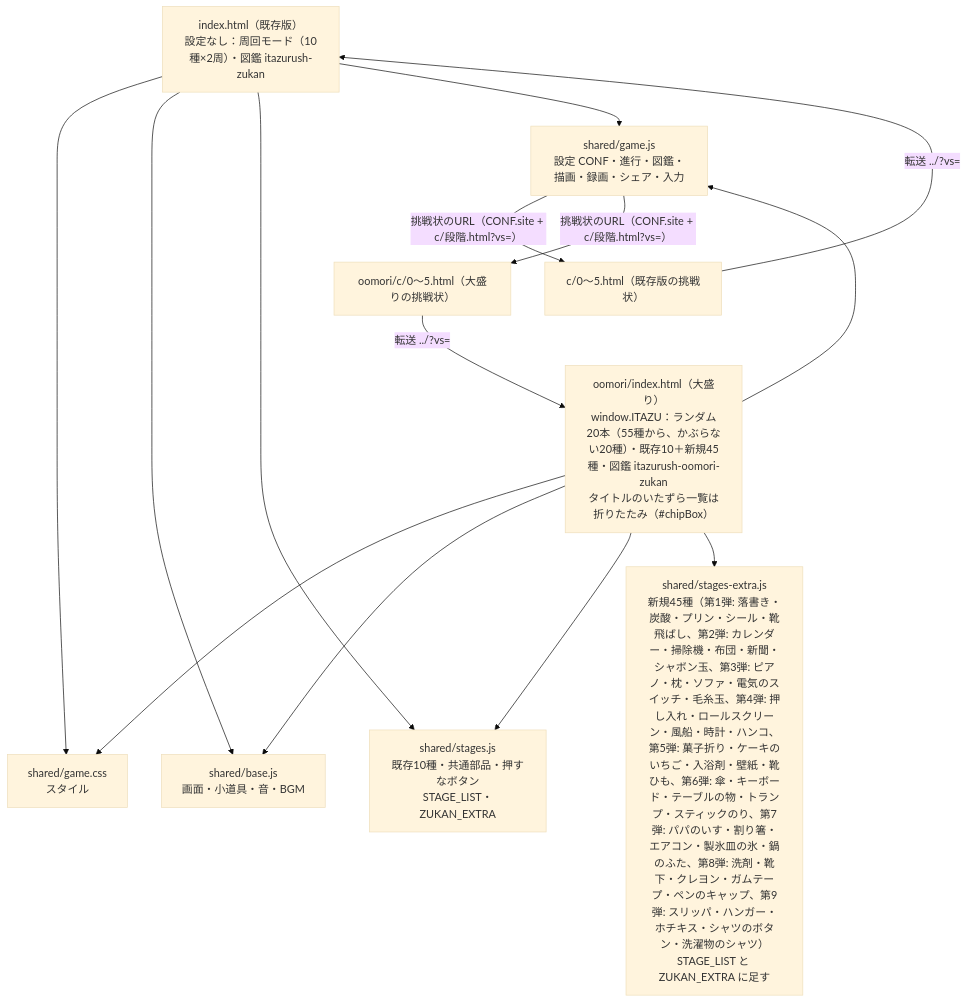
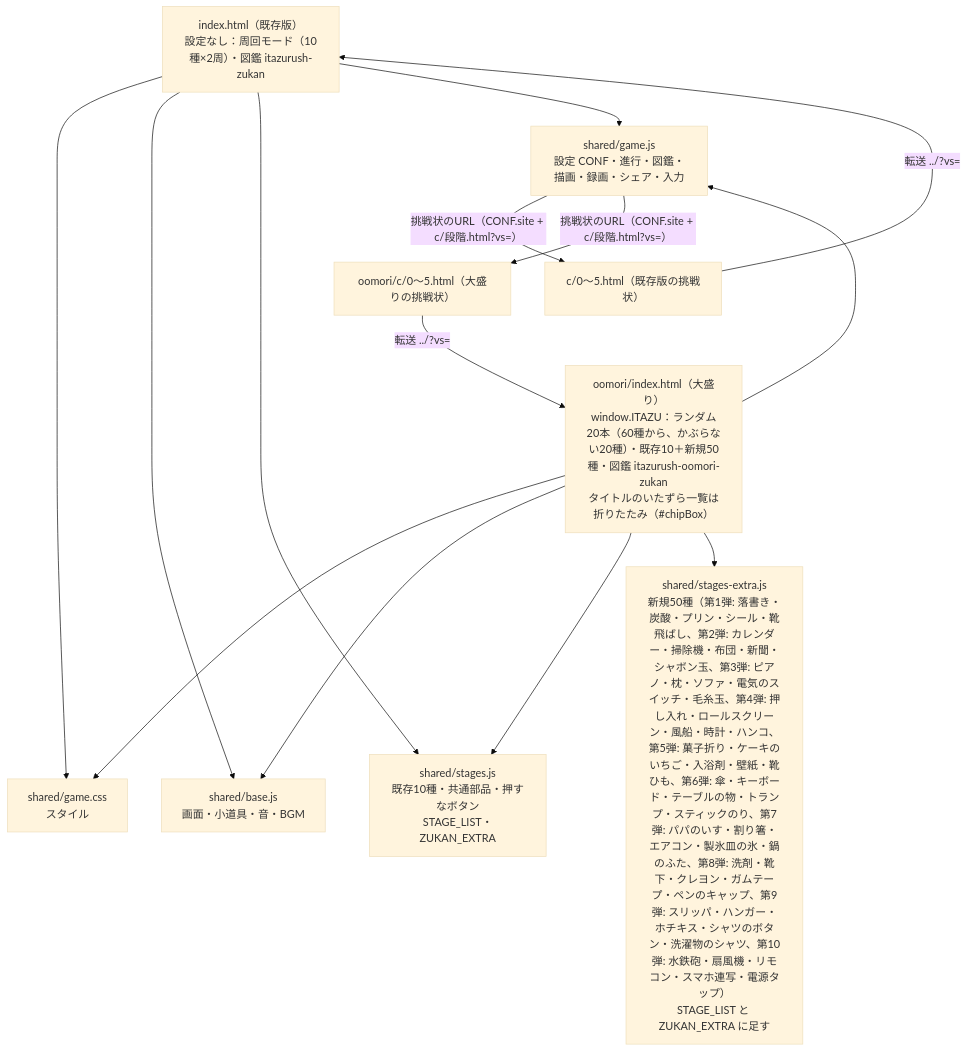
Before and after one commit to sakuichi/itazu-rush: the first of 2 diagrams in docs/architecture.md, drawn with Mermaid (base theme). The commit also changed 10 other files, not shown here.

Commit message:
大盛り！第10弾：水鉄砲・扇風機・リモコン・スマホ連写・電源タップを追加（全60種）

````diff
--- a/docs/architecture.md
+++ b/docs/architecture.md
@@ -10,17 +10,17 @@
 ```mermaid
 flowchart TD
   P1["index.html（既存版）<br>設定なし：周回モード（10種×2周）・図鑑 itazurush-zukan"]
-  P2["oomori/index.html（大盛り）<br>window.ITAZU：ランダム20本（55種から、かぶらない20種）・既存10＋新規45種・図鑑 itazurush-oomori-zukan<br>タイトルのいたずら一覧は折りたたみ（#chipBox）"]
+  P2["oomori/index.html（大盛り）<br>window.ITAZU：ランダム20本（60種から、かぶらない20種）・既存10＋新規50種・図鑑 itazurush-oomori-zukan<br>タイトルのいたずら一覧は折りたたみ（#chipBox）"]
   CSS["shared/game.css<br>スタイル"]
   BASE["shared/base.js<br>画面・小道具・音・BGM"]
   ST["shared/stages.js<br>既存10種・共通部品・押すなボタン<br>STAGE_LIST・ZUKAN_EXTRA"]
-  EX["shared/stages-extra.js<br>新規45種（第1弾: 落書き・炭酸・プリン・シール・靴飛ばし、第2弾: カレンダー・掃除機・布団・新聞・シャボン玉、第3弾: ピアノ・枕・ソファ・電気のスイッチ・毛糸玉、第4弾: 押し入れ・ロールスクリーン・風船・時計・ハンコ、第5弾: 菓子折り・ケーキのいちご・入浴剤・壁紙・靴ひも、第6弾: 傘・キーボード・テーブルの物・トランプ・スティックのり、第7弾: パパのいす・割り箸・エアコン・製氷皿の氷・鍋のふた、第8弾: 洗剤・靴下・クレヨン・ガムテープ・ペンのキャップ、第9弾: スリッパ・ハンガー・ホチキス・シャツのボタン・洗濯物のシャツ）<br>STAGE_LIST と ZUKAN_EXTRA に足す"]
+  EX["shared/stages-extra.js<br>新規50種（第1弾: 落書き・炭酸・プリン・シール・靴飛ばし、第2弾: カレンダー・掃除機・布団・新聞・シャボン玉、第3弾: ピアノ・枕・ソファ・電気のスイッチ・毛糸玉、第4弾: 押し入れ・ロールスクリーン・風船・時計・ハンコ、第5弾: 菓子折り・ケーキのいちご・入浴剤・壁紙・靴ひも、第6弾: 傘・キーボード・テーブルの物・トランプ・スティックのり、第7弾: パパのいす・割り箸・エアコン・製氷皿の氷・鍋のふた、第8弾: 洗剤・靴下・クレヨン・ガムテープ・ペンのキャップ、第9弾: スリッパ・ハンガー・ホチキス・シャツのボタン・洗濯物のシャツ、第10弾: 水鉄砲・扇風機・リモコン・スマホ連写・電源タップ）<br>STAGE_LIST と ZUKAN_EXTRA に足す"]
   GAME["shared/game.js<br>設定 CONF・進行・図鑑・描画・録画・シェア・入力"]
   CH1["c/0〜5.html（既存版の挑戦状）"]
   CH2["oomori/c/0〜5.html（大盛りの挑戦状）"]
   P1 --> CSS & BASE & ST & GAME
   P2 --> CSS & BASE & ST & EX & GAME
   GAME -- "挑戦状のURL（CONF.site + c/段階.html?vs=）" --> CH1 & CH2
   CH1 -- "転送 ../?vs=" --> P1
   CH2 -- "転送 ../?vs=" --> P2
 ```
````
